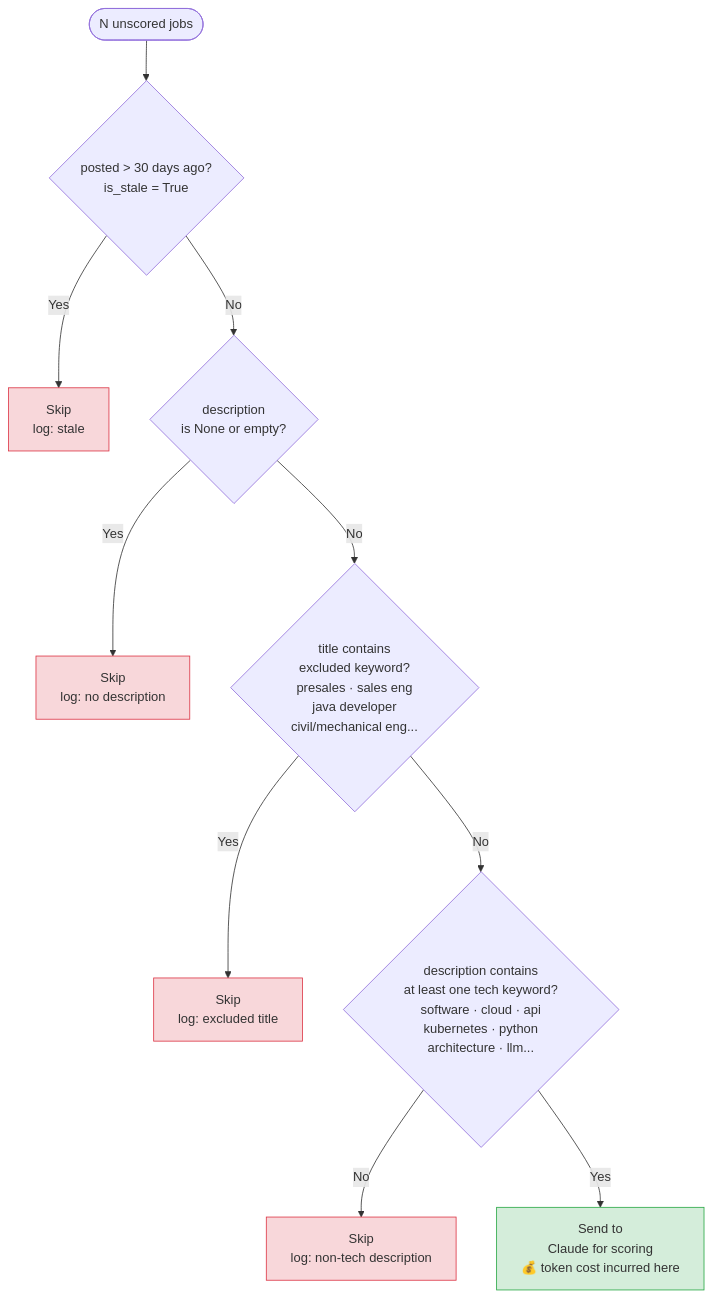
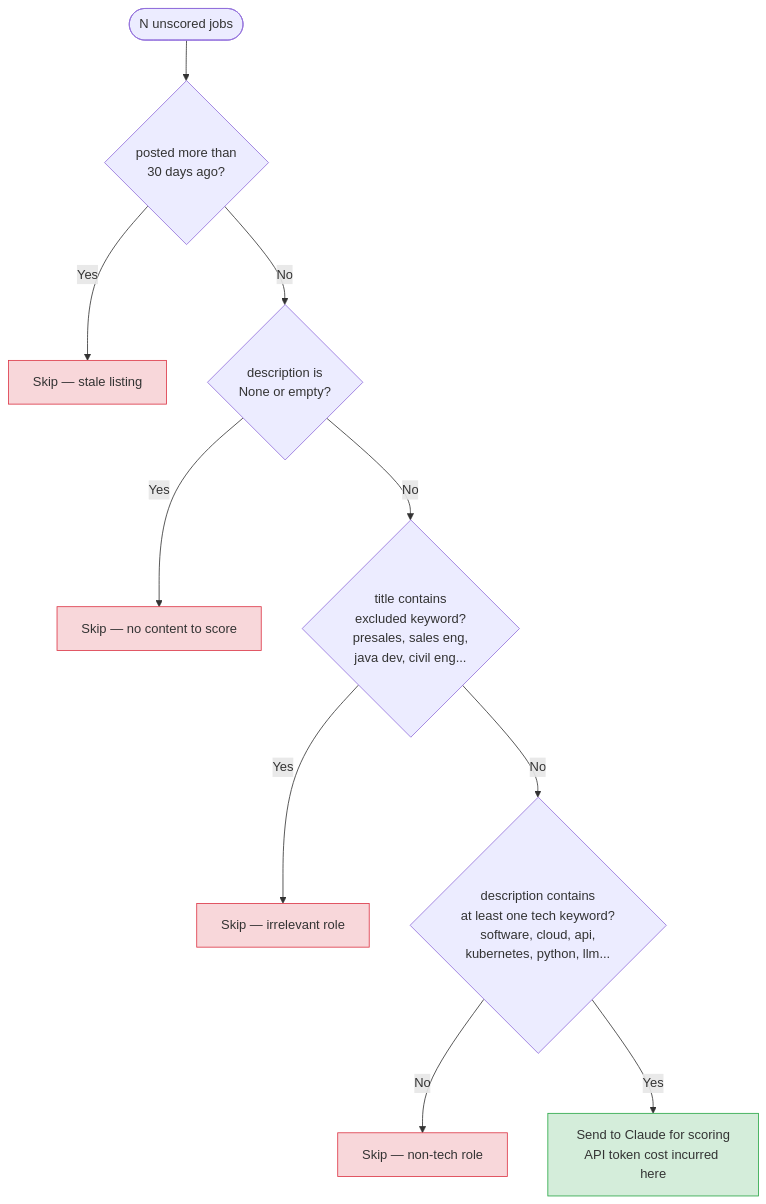
One commit to suthrams/jobsearchagent changed the ninth of 10 diagrams in docs/architecture.md. Above: the diagram before and after it, drawn with Mermaid. The commit also changed other lines of this file, not shown here.

First line of the commit message:
Fix Mermaid diagram syntax for GitHub renderer

````diff
--- a/docs/architecture.md
+++ b/docs/architecture.md
@@ -350,26 +331,26 @@
 ```mermaid
 flowchart TD
     START(["N unscored jobs"]) --> G1
 
-    G1{"posted > 30 days ago?\nis_stale = True"}
-    G1 -- Yes --> SKIP1["Skip\nlog: stale"]
+    G1{"posted more than\n30 days ago?"}
+    G1 -- Yes --> SKIP1["Skip — stale listing"]
     G1 -- No --> G2
 
-    G2{"description\nis None or empty?"}
-    G2 -- Yes --> SKIP2["Skip\nlog: no description"]
+    G2{"description is\nNone or empty?"}
+    G2 -- Yes --> SKIP2["Skip — no content to score"]
     G2 -- No --> G3
 
-    G3{"title contains\nexcluded keyword?\npresales · sales eng\njava developer\ncivil/mechanical eng..."}
-    G3 -- Yes --> SKIP3["Skip\nlog: excluded title"]
+    G3{"title contains\nexcluded keyword?\npresales, sales eng,\njava dev, civil eng..."}
+    G3 -- Yes --> SKIP3["Skip — irrelevant role"]
     G3 -- No --> G4
 
-    G4{"description contains\nat least one tech keyword?\nsoftware · cloud · api\nkubernetes · python\narchitecture · llm..."}
-    G4 -- No --> SKIP4["Skip\nlog: non-tech description"]
-    G4 -- Yes --> SCORE["Send to\nClaude for scoring\n💰 token cost incurred here"]
+    G4{"description contains\nat least one tech keyword?\nsoftware, cloud, api,\nkubernetes, python, llm..."}
+    G4 -- No --> SKIP4["Skip — non-tech role"]
+    G4 -- Yes --> SCORE["Send to Claude for scoring\nAPI token cost incurred here"]
 
     style SCORE fill:#d4edda,stroke:#28a745
     style SKIP1 fill:#f8d7da,stroke:#dc3545
     style SKIP2 fill:#f8d7da,stroke:#dc3545
     style SKIP3 fill:#f8d7da,stroke:#dc3545
     style SKIP4 fill:#f8d7da,stroke:#dc3545
 ```
````
